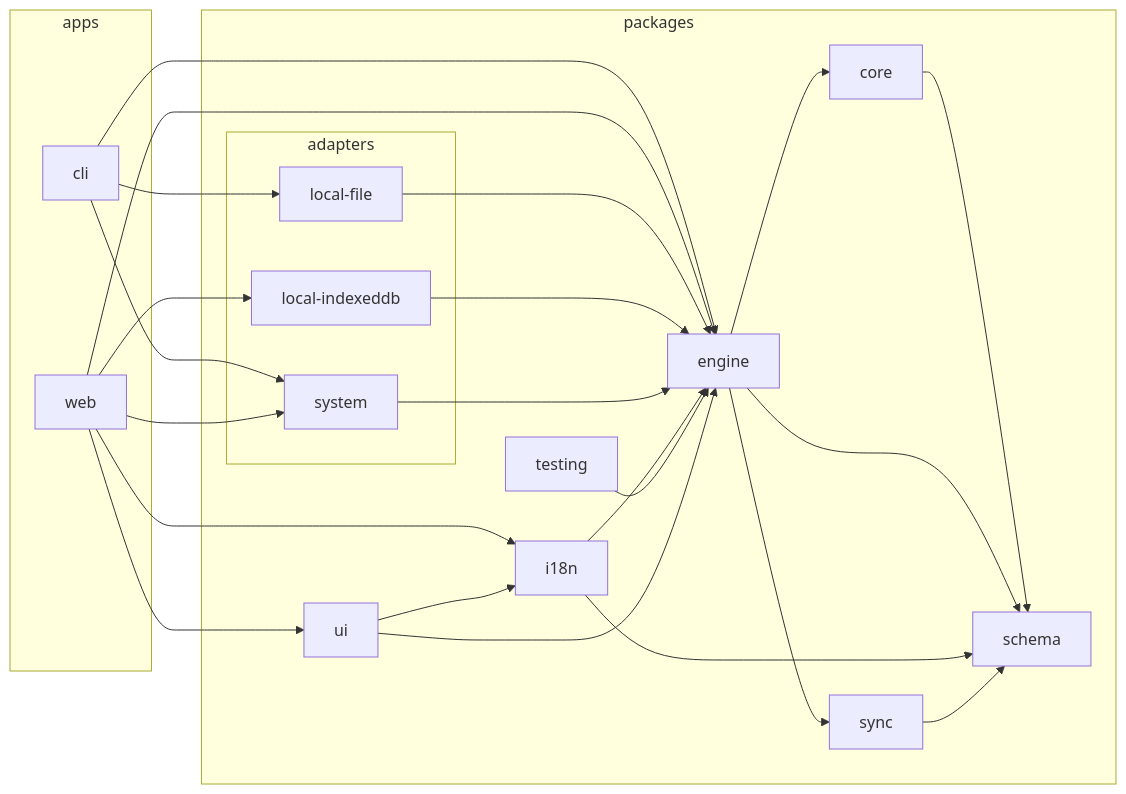
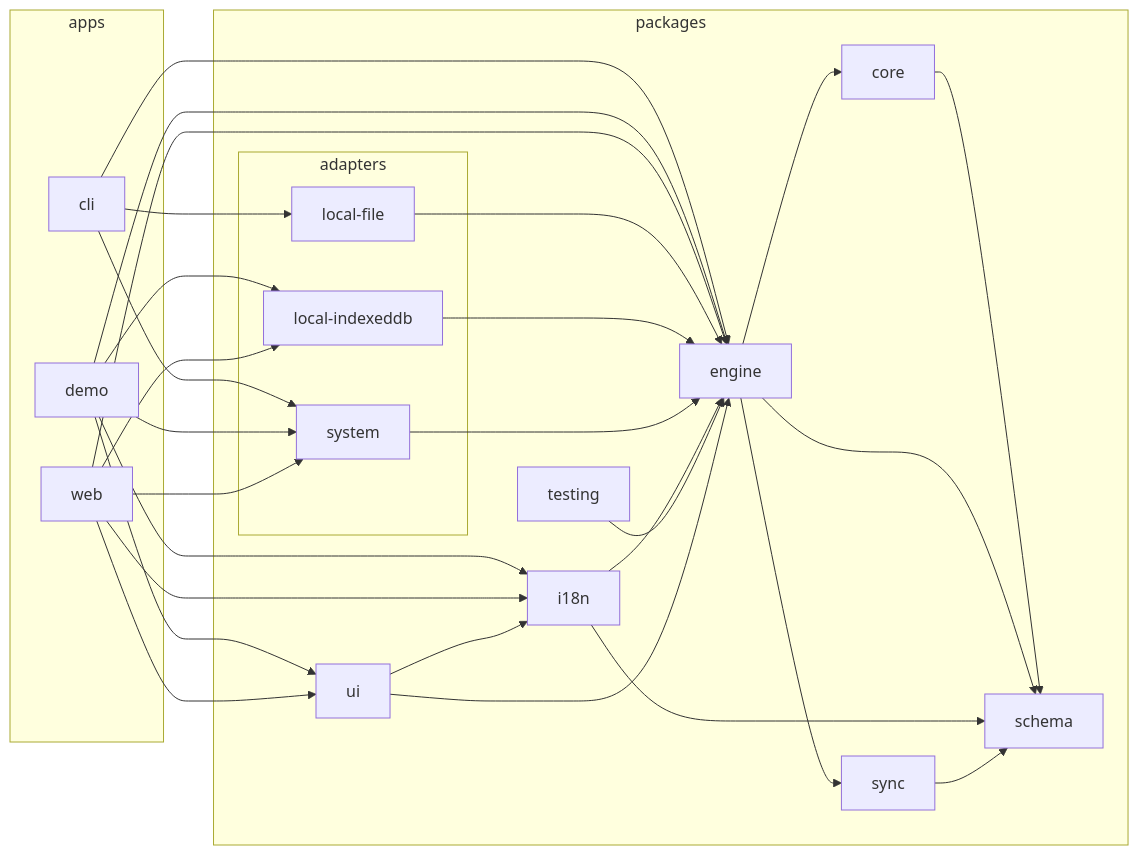
One commit to Andrea-Speranza/ExpenseCalcolator changed the first of 3 diagrams in docs/ARCHITETTURA.md. Above: the diagram before and after it, drawn with Mermaid. The commit also changed other lines of this file and 20 other files, not shown here.

````diff
--- a/docs/ARCHITETTURA.md
+++ b/docs/ARCHITETTURA.md
@@ -59,43 +60,49 @@
 ```mermaid
 flowchart LR
 
 subgraph 0["apps"]
 1["cli"]
-2["web"]
+2["demo"]
+3["web"]
 end
-subgraph 3["packages"]
-subgraph 4["adapters"]
-5["local-file"]
-6["local-indexeddb"]
-7["system"]
+subgraph 4["packages"]
+subgraph 5["adapters"]
+6["local-file"]
+7["local-indexeddb"]
+8["system"]
 end
-8["core"]
-9["engine"]
-A["i18n"]
-B["schema"]
-C["sync"]
-D["testing"]
-E["ui"]
+9["core"]
+A["engine"]
+B["i18n"]
+C["schema"]
+D["sync"]
+E["testing"]
+F["ui"]
 end
-1-->9
-1-->5
-1-->7
-2-->9
+1-->A
+1-->6
+1-->8
 2-->A
-2-->6
+2-->B
+2-->F
 2-->7
-2-->E
-5-->9
-6-->9
-7-->9
-8-->B
-9-->8
-9-->B
+2-->8
+3-->A
+3-->B
+3-->7
+3-->8
+3-->F
+6-->A
+7-->A
+8-->A
 9-->C
 A-->9
-A-->B
-C-->B
-D-->9
-E-->9
+A-->C
+A-->D
+B-->A
+B-->C
+D-->C
 E-->A
+F-->A
+F-->B
 ```
````
